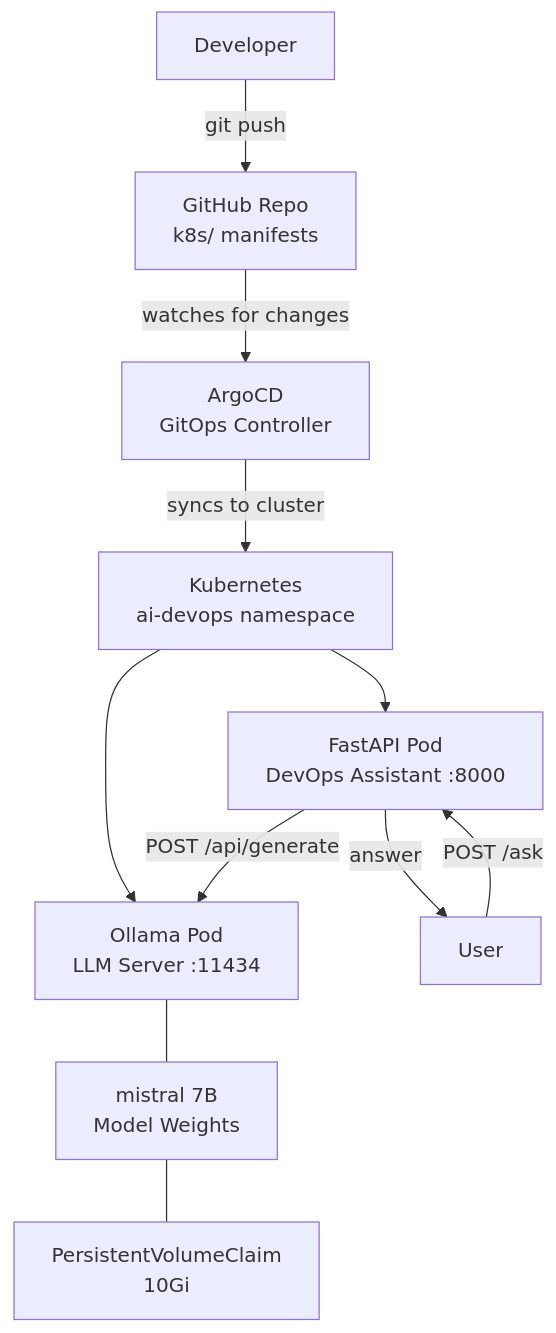
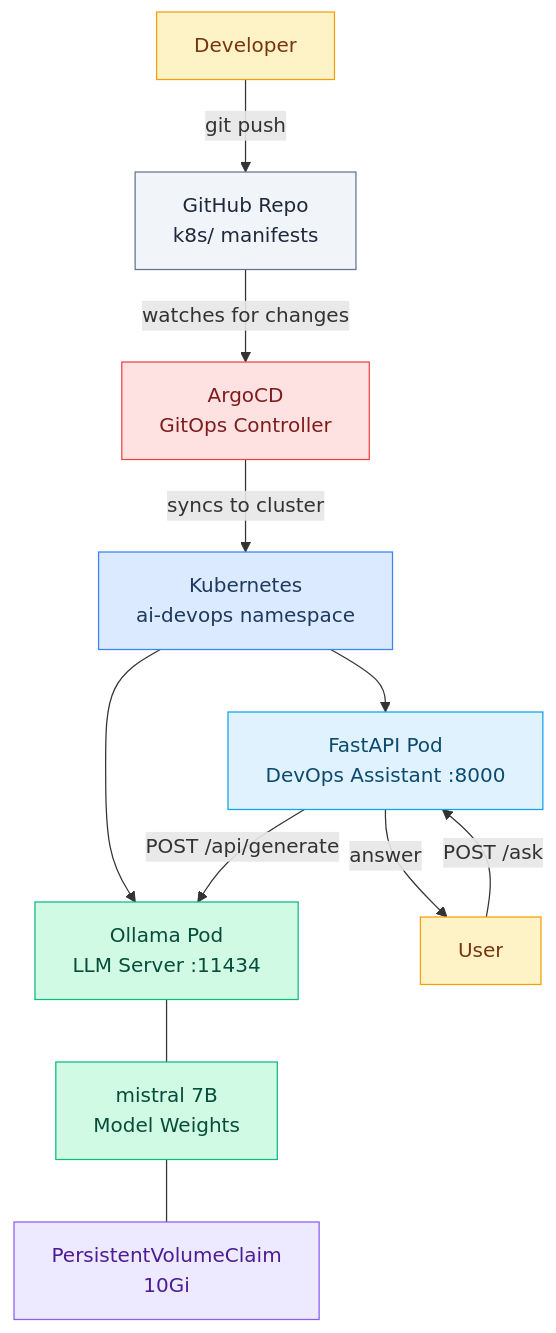
The first of 3 diagrams in README.md (biswa123642/local-k8s-ai-agent), drawn with Mermaid before and after one commit. The commit also changed other lines of this file and 1 other file, not shown here.

Commit message:
Add colors to all Mermaid diagrams

````diff
--- a/README.md
+++ b/README.md
@@ -5,13 +5,29 @@
 ```mermaid
 graph TD
     Dev[Developer] -->|git push| GH[GitHub Repo\nk8s/ manifests]
     GH -->|watches for changes| ACD[ArgoCD\nGitOps Controller]
     ACD -->|syncs to cluster| K8S[Kubernetes\nai-devops namespace]
     K8S --> OLL[Ollama Pod\nLLM Server :11434]
     K8S --> API[FastAPI Pod\nDevOps Assistant :8000]
     API -->|POST /api/generate| OLL
     OLL --- MDL[mistral 7B\nModel Weights]
     MDL --- PVC[PersistentVolumeClaim\n10Gi]
     USR[User] -->|POST /ask| API
     API -->|answer| USR
+
+    classDef user     fill:#fef3c7,stroke:#f59e0b,color:#78350f
+    classDef git      fill:#f1f5f9,stroke:#64748b,color:#1e293b
+    classDef argo     fill:#fee2e2,stroke:#ef4444,color:#7f1d1d
+    classDef k8s      fill:#dbeafe,stroke:#3b82f6,color:#1e3a5f
+    classDef llm      fill:#d1fae5,stroke:#10b981,color:#064e3b
+    classDef api      fill:#e0f2fe,stroke:#0ea5e9,color:#0c4a6e
+    classDef storage  fill:#ede9fe,stroke:#8b5cf6,color:#4c1d95
+
+    class Dev,USR user
+    class GH git
+    class ACD argo
+    class K8S k8s
+    class OLL,MDL llm
+    class API api
+    class PVC storage
 ```
````
